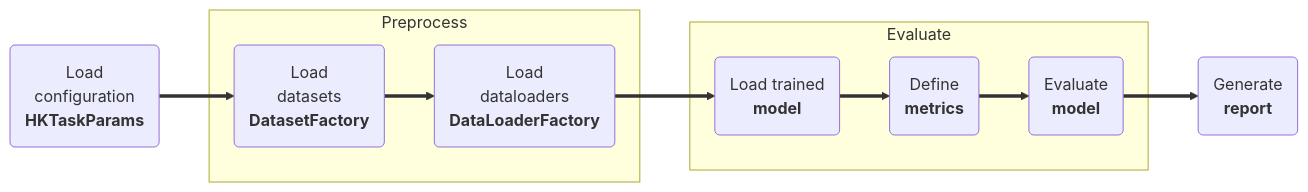
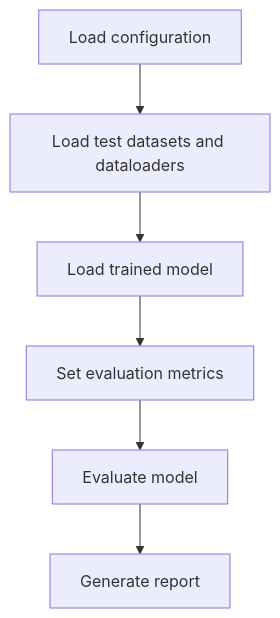
Before and after one commit to AmbiqAI/heartkit: the diagram in docs/modes/evaluate.md, drawn with Mermaid. The commit also changed other lines of this file and 52 other files, not shown here.

````diff
--- a/docs/modes/evaluate.md
+++ b/docs/modes/evaluate.md
@@ -23,38 +23,9 @@
 ```mermaid
-graph LR
-A("`Load
-configuration
-__HKTaskParams__
-`")
-B("`Load
-datasets
-__DatasetFactory__
-`")
-C("`Load
-dataloaders
-__DataLoaderFactory__
-`")
-D("`Load trained
-__model__
-`")
-E("`Define
-__metrics__
-`")
-F("`Evaluate
-__model__
-`")
-G("`Generate
-__report__
-`")
-A ==> B
-subgraph AB["Preprocess"]
-    B ==> C
-end
-subgraph CF["Evaluate"]
-    C ==> D
-    D ==> E
-    E ==> F
-end
-F ==> G
-
+flowchart TD
+    A["Load configuration"] --> B
+    B["Load test datasets and dataloaders"] --> C
+    C["Load trained model"] --> D
+    D["Set evaluation metrics"] --> E
+    E["Evaluate model"] --> F
+    F["Generate report"]
 ```
````
